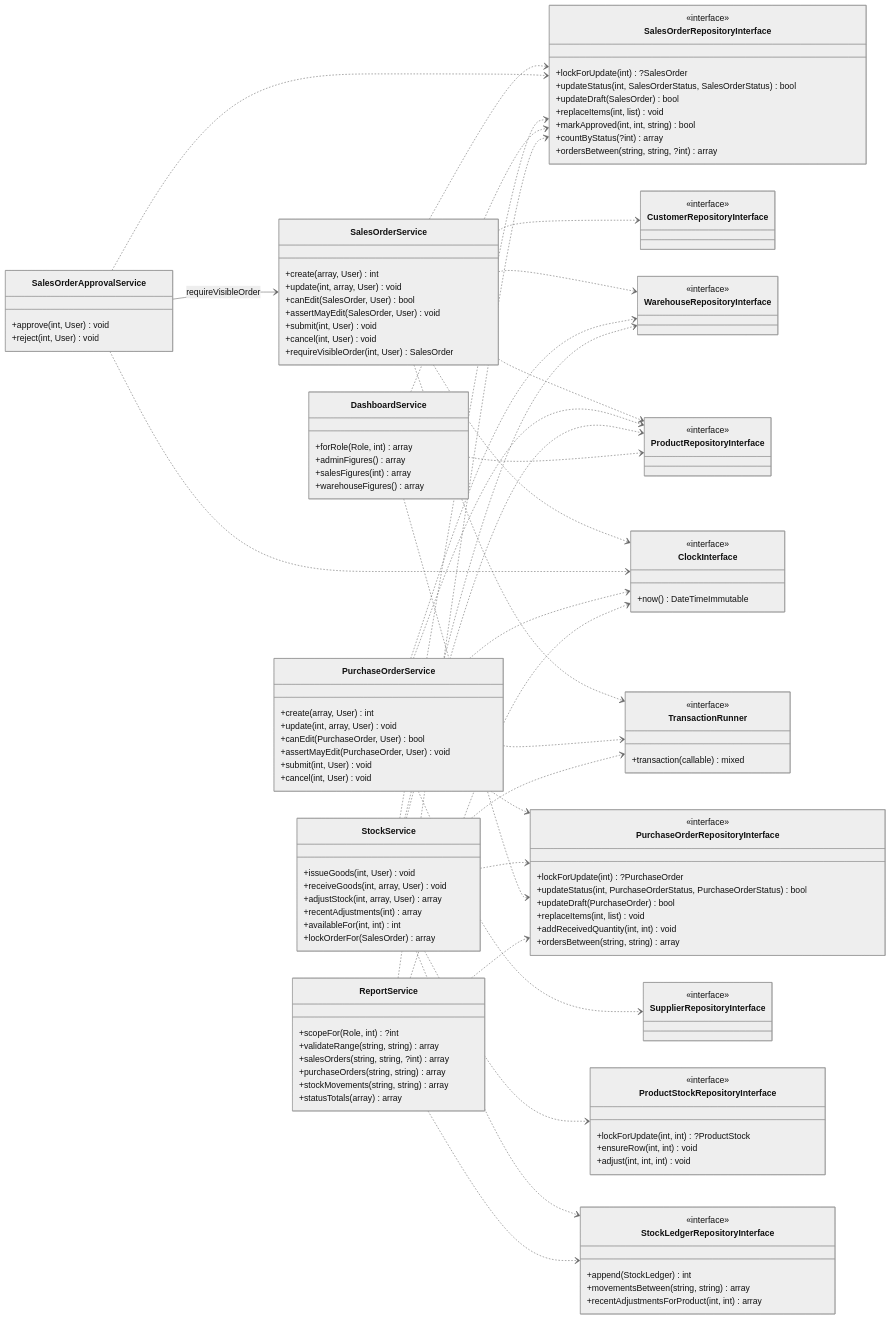
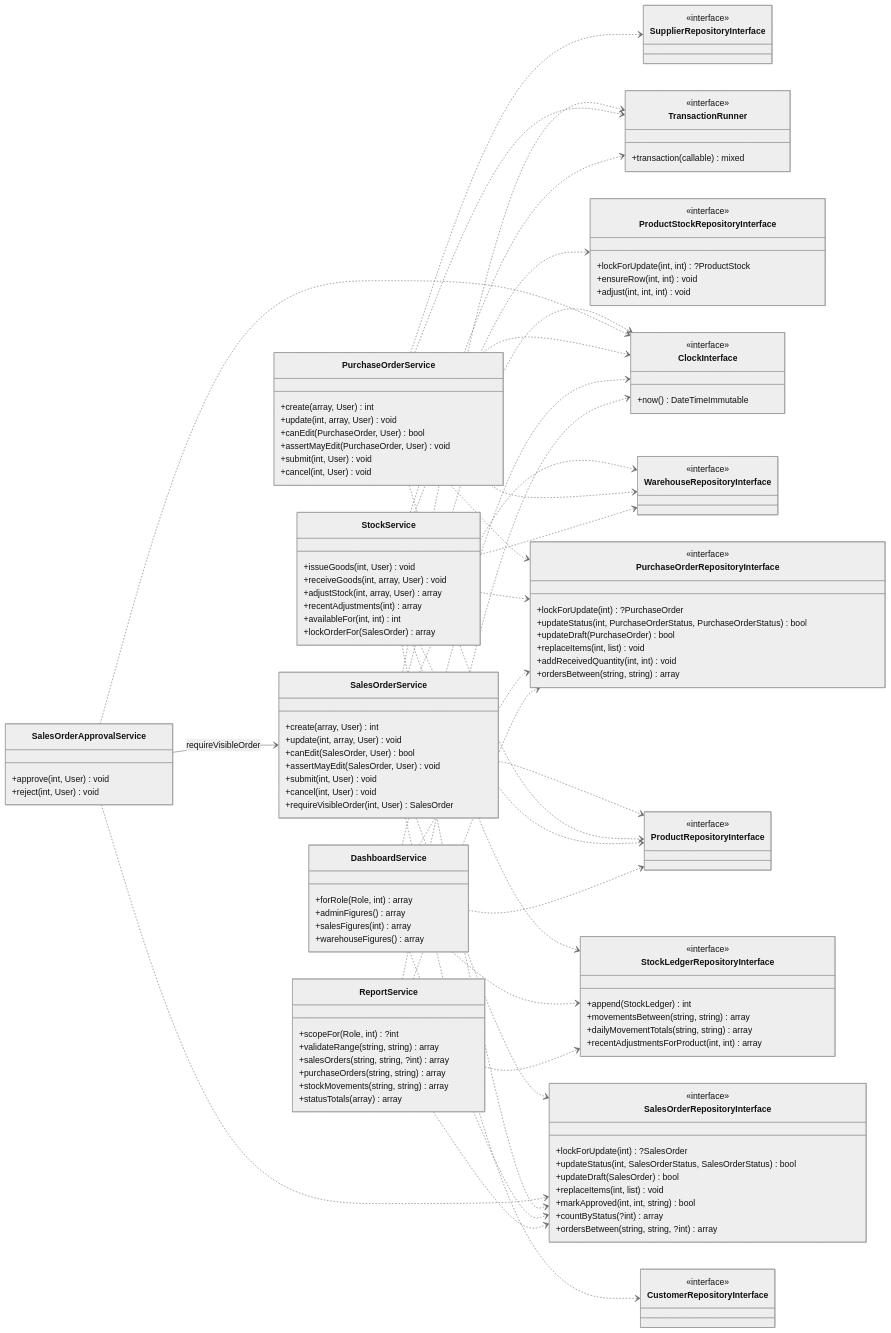
The first of 4 diagrams in docs/architecture/class-diagram-as-built.md (WillyMocha/inventory-order-management-system), drawn with Mermaid (neutral theme) before and after one commit. The commit also changed other lines of this file and 34 other files, not shown here.

Commit message:
feat: show a 30-day stock movement chart on the admin and warehouse dashboards

```diff
--- a/docs/architecture/class-diagram-as-built.md
+++ b/docs/architecture/class-diagram-as-built.md
@@ -112,6 +112,7 @@
         <<interface>>
         +append(StockLedger) int
         +movementsBetween(string, string) array
+        +dailyMovementTotals(string, string) array
         +recentAdjustmentsForProduct(int, int) array
     }
     class ProductRepositoryInterface {
@@ -164,6 +165,8 @@
     DashboardService ..> ProductRepositoryInterface
     DashboardService ..> SalesOrderRepositoryInterface
     DashboardService ..> PurchaseOrderRepositoryInterface
+    DashboardService ..> StockLedgerRepositoryInterface
+    DashboardService ..> ClockInterface
 
     ReportService ..> StockLedgerRepositoryInterface
     ReportService ..> SalesOrderRepositoryInterface
```
